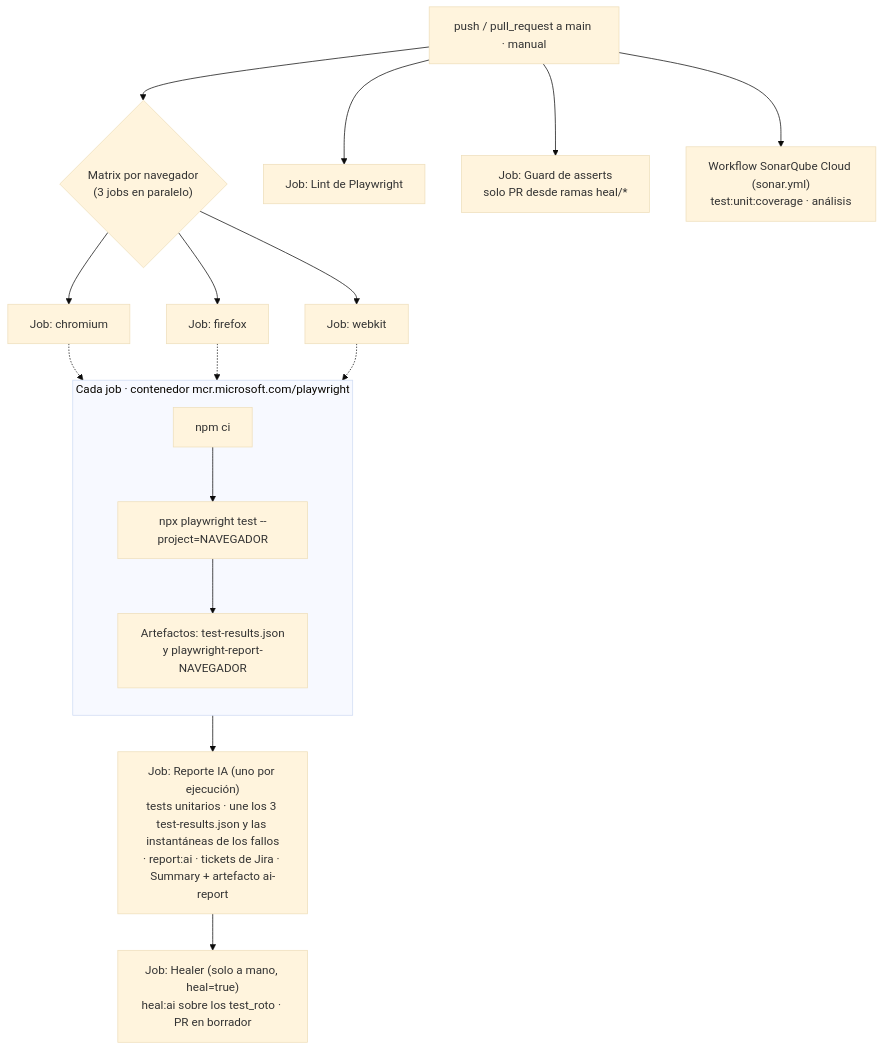
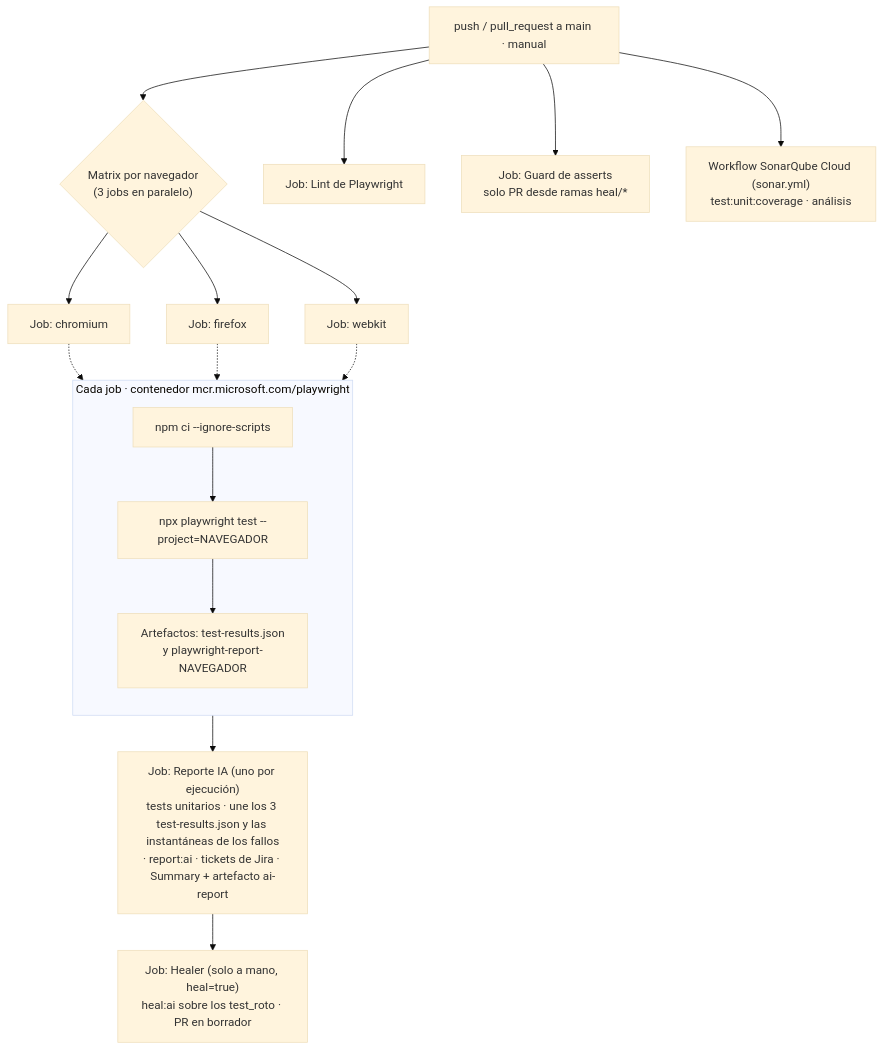
One commit to StoneFly365/playwright-demo-ia-mcp changed the second of 3 diagrams in README.md. Above: the diagram before and after it, drawn with Mermaid (base theme). The commit also changed other lines of this file and 1 other file, not shown here.

Commit message:
ci: npm ci con --ignore-scripts y Playwright del lock en el job del healer (#58)
- Los cinco npm ci de playwright.yml pasan a --ignore-scripts: ninguna
  dependencia del lock tiene scripts de instalación, y así una dependencia
  comprometida no ejecuta código en CI. sonar.yml ya lo hacía. (S6505)
- El job del healer instala los navegadores con el binario de node_modules en
  vez de npx, que podría descargar otra versión de Playwright. (S6505, S8543)

````diff
--- a/README.md
+++ b/README.md
@@ -366,24 +366,24 @@
 ```mermaid
 flowchart TD
     T["push / pull_request a main · manual"] --> M{"Matrix por navegador<br/>(3 jobs en paralelo)"}
 
     M --> C["Job: chromium"]
     M --> F["Job: firefox"]
     M --> W["Job: webkit"]
 
     subgraph JOB ["Cada job · contenedor mcr.microsoft.com/playwright"]
         direction TB
-        S1["npm ci"] --> S2["npx playwright test --project=NAVEGADOR"]
+        S1["npm ci --ignore-scripts"] --> S2["npx playwright test --project=NAVEGADOR"]
         S2 --> S3["Artefactos: test-results.json<br/>y playwright-report-NAVEGADOR"]
     end
 
     C -.-> JOB
     F -.-> JOB
     W -.-> JOB
 
     JOB --> R["Job: Reporte IA (uno por ejecución)<br/>tests unitarios · une los 3 test-results.json y las instantáneas de los fallos<br/>· report:ai · tickets de Jira · Summary + artefacto ai-report"]
     R --> HL["Job: Healer (solo a mano, heal=true)<br/>heal:ai sobre los test_roto · PR en borrador"]
     T --> LI["Job: Lint de Playwright"]
     T --> GU["Job: Guard de asserts<br/>solo PR desde ramas heal/*"]
     T --> SO["Workflow SonarQube Cloud (sonar.yml)<br/>test:unit:coverage · análisis"]
 ```
````
